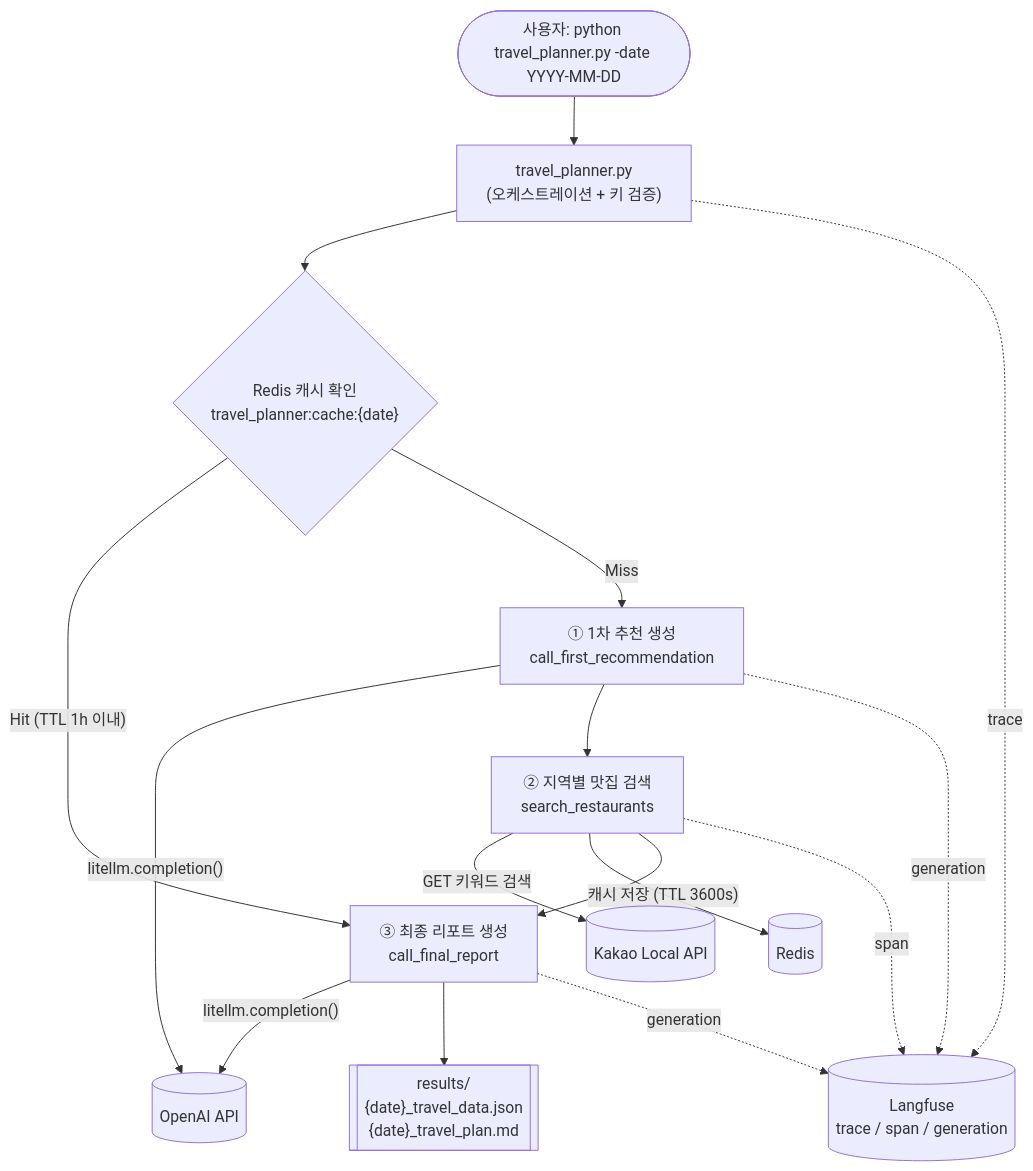
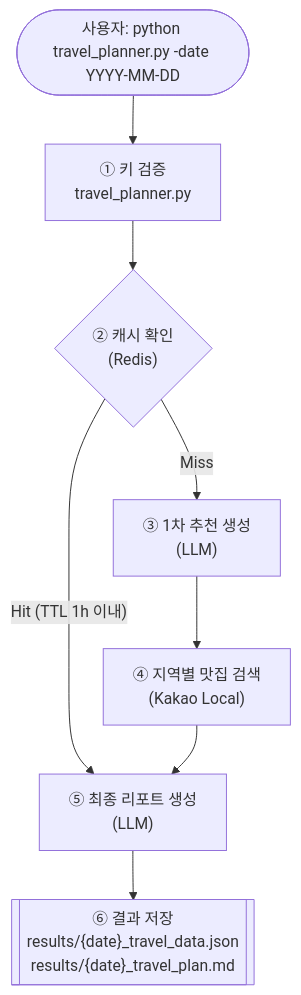
The diagram in README.md (rla8127/codyssey-native-A1-2), drawn with Mermaid before and after one commit. The commit also changed other lines of this file, not shown here.

Commit message:
mermaid 추가

````diff
--- a/README.md
+++ b/README.md
@@ -102,23 +102,12 @@
 ```mermaid
 flowchart TD
-    User(["사용자: python travel_planner.py -date YYYY-MM-DD"]) --> CLI["travel_planner.py<br/>(오케스트레이션 + 키 검증)"]
-    CLI --> Cache{"Redis 캐시 확인<br/>travel_planner:cache:{date}"}
+    User(["사용자: python travel_planner.py -date YYYY-MM-DD"]) --> Step1["① 키 검증<br/>travel_planner.py"]
+    Step1 --> Step2{"② 캐시 확인<br/>(Redis)"}
 
-    Cache -->|"Hit (TTL 1h 이내)"| Report
-    Cache -->|"Miss"| First["① 1차 추천 생성<br/>call_first_recommendation"]
+    Step2 -->|"Hit (TTL 1h 이내)"| Step5
+    Step2 -->|"Miss"| Step3["③ 1차 추천 생성<br/>(LLM)"]
 
-    First -->|"litellm.completion()"| OpenAI[("OpenAI API")]
-    First --> Kakao["② 지역별 맛집 검색<br/>search_restaurants"]
-
-    Kakao -->|"GET 키워드 검색"| KakaoAPI[("Kakao Local API")]
-    Kakao -->|"캐시 저장 (TTL 3600s)"| Redis[("Redis")]
-    Kakao --> Report["③ 최종 리포트 생성<br/>call_final_report"]
-
-    Report -->|"litellm.completion()"| OpenAI
-    Report --> Files[["results/<br/>{date}_travel_data.json<br/>{date}_travel_plan.md"]]
-
-    CLI -.->|trace| Langfuse[("Langfuse<br/>trace / span / generation")]
-    First -.->|generation| Langfuse
-    Kakao -.->|span| Langfuse
-    Report -.->|generation| Langfuse
+    Step3 --> Step4["④ 지역별 맛집 검색<br/>(Kakao Local)"]
+    Step4 --> Step5["⑤ 최종 리포트 생성<br/>(LLM)"]
+    Step5 --> Step6[["⑥ 결과 저장<br/>results/{date}_travel_data.json<br/>results/{date}_travel_plan.md"]]
 ```
````
